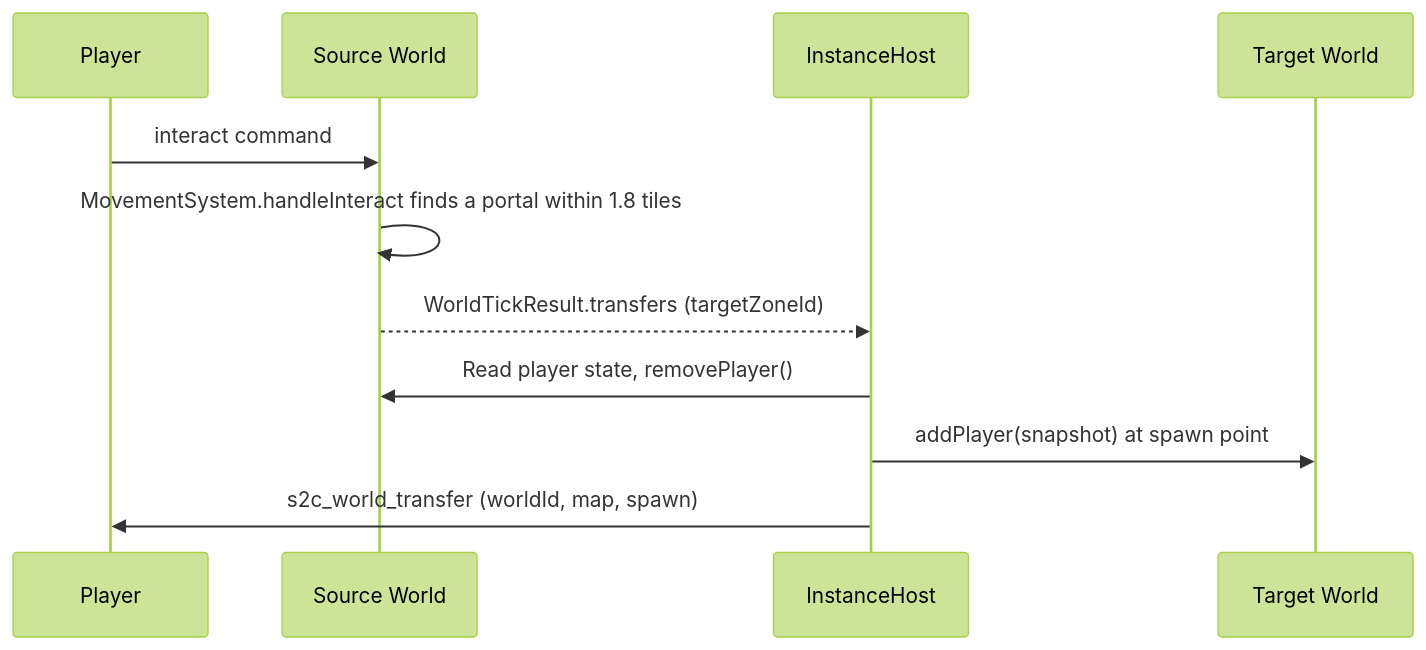
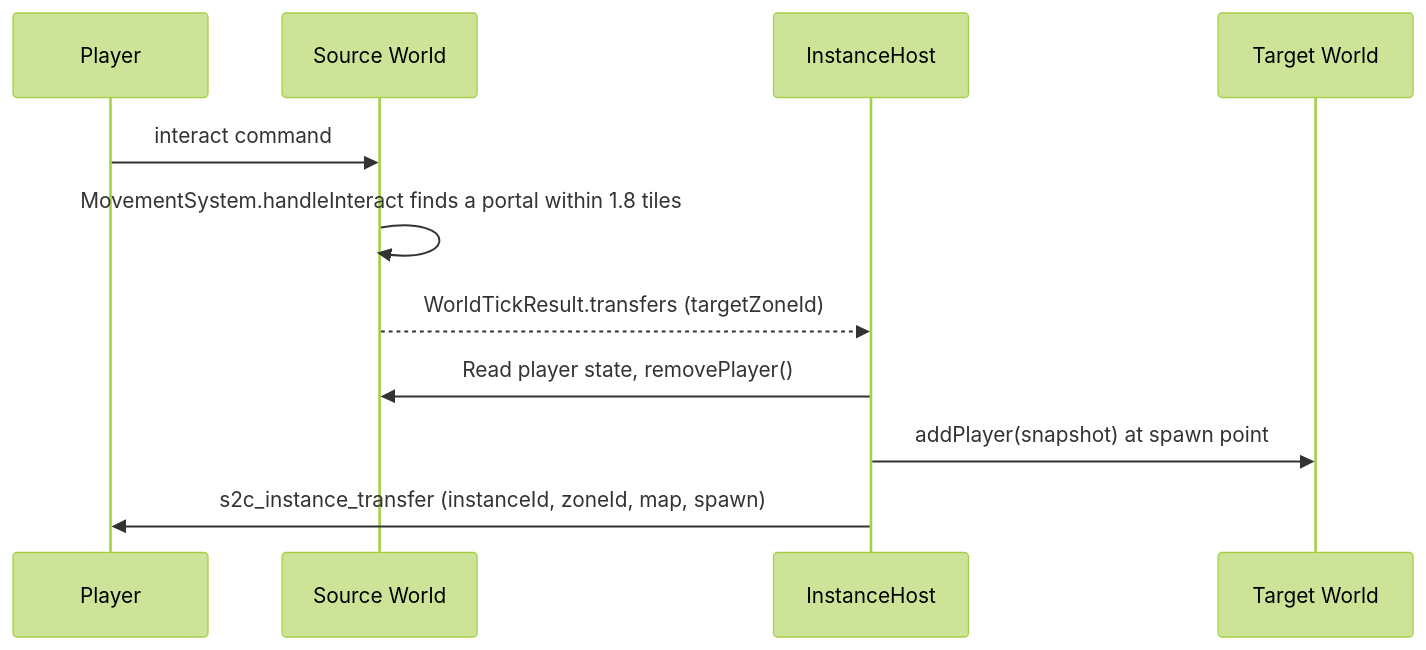
One commit to bigabig/mmoexile changed the third of 4 diagrams in docs/ARCHITECTURE.md. Above: the diagram before and after it, drawn with Mermaid (forest theme). The commit also changed other lines of this file and 12 other files, not shown here.

````diff
--- a/docs/ARCHITECTURE.md
+++ b/docs/ARCHITECTURE.md
@@ -172,14 +172,14 @@
 ```mermaid
 sequenceDiagram
     participant Player
     participant Source as Source World
     participant Cluster as InstanceHost
     participant Target as Target World
 
     Player->>Source: interact command
     Source->>Source: MovementSystem.handleInteract finds a portal within 1.8 tiles
     Source-->>Cluster: WorldTickResult.transfers (targetZoneId)
     Cluster->>Source: Read player state, removePlayer()
     Cluster->>Target: addPlayer(snapshot) at spawn point
-    Cluster->>Player: s2c_world_transfer (worldId, map, spawn)
+    Cluster->>Player: s2c_instance_transfer (instanceId, zoneId, map, spawn)
 ```
````
